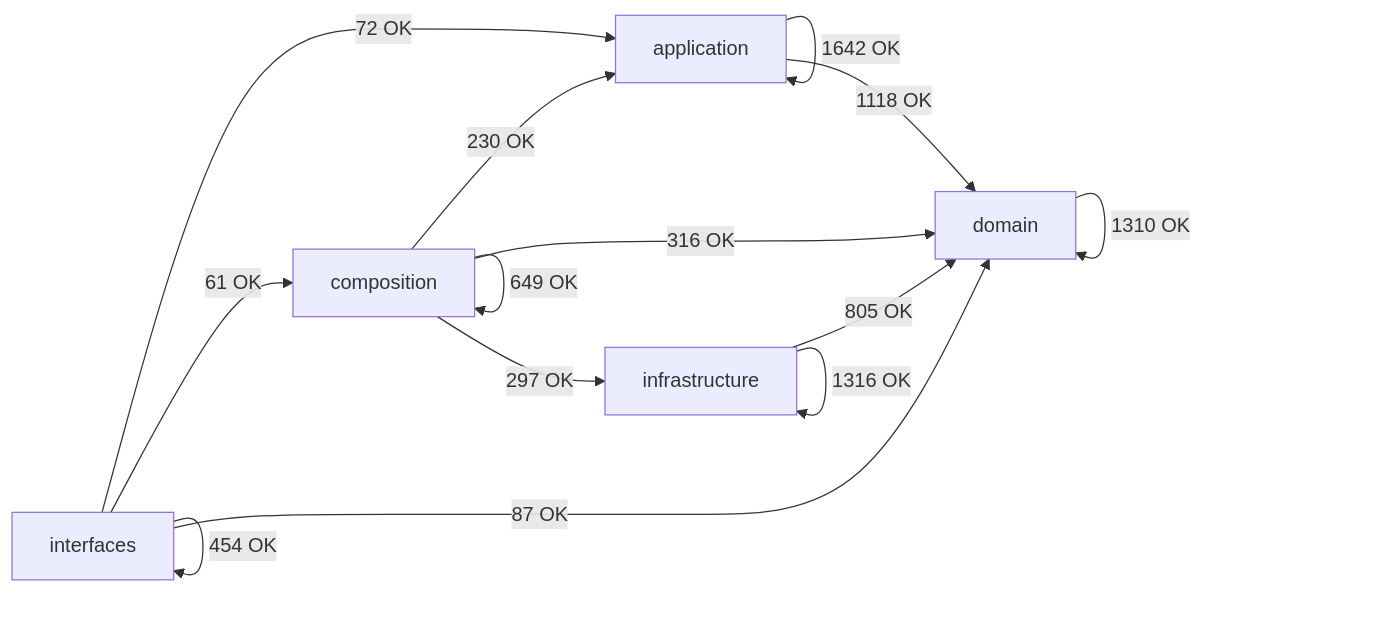
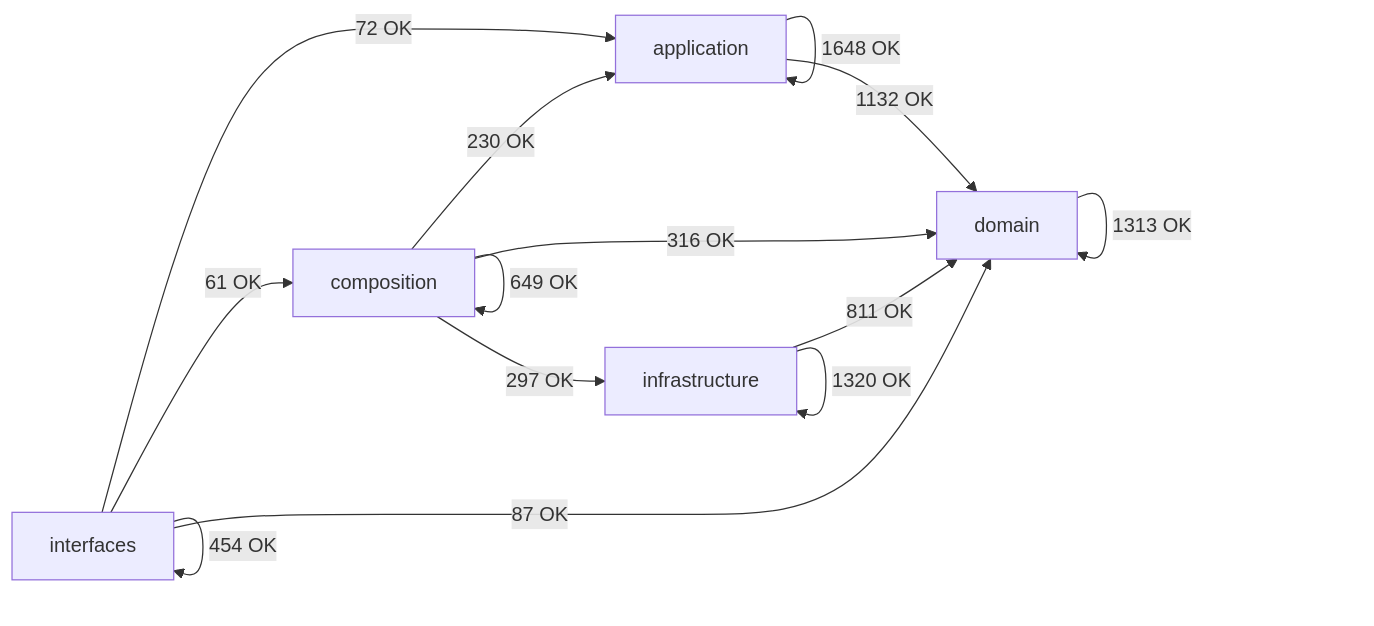
The diagram in docs/02-architecture/generated/module-dependency-map.md (SatoryKono/BioactivityDataAcquisition), drawn with Mermaid before and after one commit. The commit also changed other lines of this file and 51 other files, not shown here.

````diff
--- a/docs/02-architecture/generated/module-dependency-map.md
+++ b/docs/02-architecture/generated/module-dependency-map.md
@@ -17,21 +17,21 @@
 ```mermaid
 flowchart LR
     domain[domain]
     application[application]
     infrastructure[infrastructure]
     composition[composition]
     interfaces[interfaces]
-    application -->|1642 OK| application
-    application -->|1118 OK| domain
+    application -->|1648 OK| application
+    application -->|1132 OK| domain
     composition -->|230 OK| application
     composition -->|649 OK| composition
     composition -->|316 OK| domain
     composition -->|297 OK| infrastructure
-    domain -->|1310 OK| domain
-    infrastructure -->|805 OK| domain
-    infrastructure -->|1316 OK| infrastructure
+    domain -->|1313 OK| domain
+    infrastructure -->|811 OK| domain
+    infrastructure -->|1320 OK| infrastructure
     interfaces -->|72 OK| application
     interfaces -->|61 OK| composition
     interfaces -->|87 OK| domain
     interfaces -->|454 OK| interfaces
 ```
````
